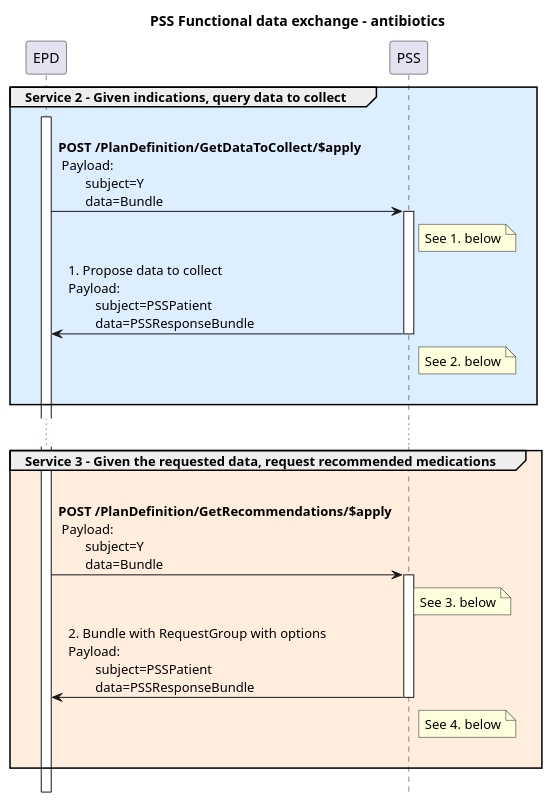
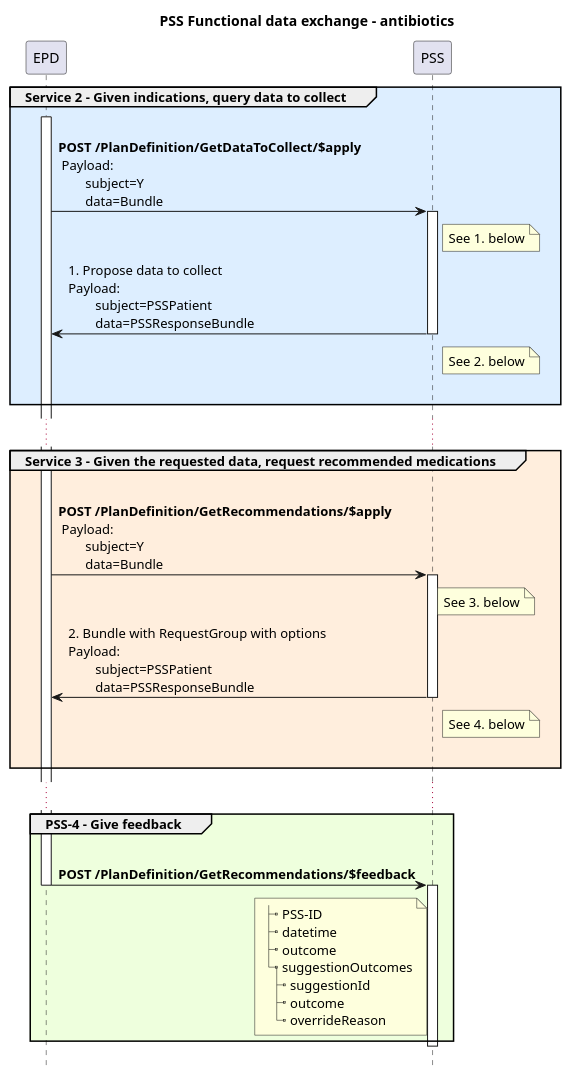
Before and after one commit to hl7-be/pss: the diagram in input/images-source/pss-flow-antimicrobiology.plantuml, drawn with PlantUML. The commit also changed 3 other files, not shown here.

First line of the commit message:
Add PSS feedback

```diff
--- a/input/images-source/pss-flow-antimicrobiology.plantuml
+++ b/input/images-source/pss-flow-antimicrobiology.plantuml
@@ -1,37 +1,54 @@
 @startuml
 !pragma teoz true
 Title PSS Functional data exchange - antibiotics
 hide footbox
 
 
 group #def Service 2 - Given indications, query data to collect
         Activate EPD
         EPD -> PSS : \n**POST /PlanDefinition/GetDataToCollect/$apply**\n Payload:\n        subject=Y\n        data=Bundle
         Activate PSS
         note right of PSS
 See 1. below
         end note
 
         PSS -> EPD: 1. Propose data to collect\nPayload:\n        subject=PSSPatient\n        data=PSSResponseBundle
         note right of PSS
 See 2. below
         end note
         deactivate PSS
         |||
 end
 ...
 group #fed Service 3 - Given the requested data, request recommended medications
         EPD -> PSS : \n**POST /PlanDefinition/GetRecommendations/$apply**\n Payload:\n        subject=Y\n        data=Bundle
         note right of PSS
 See 3. below
         end note
         activate PSS
         PSS -> EPD: 2. Bundle with RequestGroup with options\nPayload:\n        subject=PSSPatient\n        data=PSSResponseBundle
         note right of PSS
 See 4. below
         end note
         deactivate PSS
         |||
 
 end
+...
+group #efd PSS-4 - Give feedback
+        EPD -> PSS : \n**POST /PlanDefinition/GetRecommendations/$feedback**
+'        activate EPD
+        note left of PSS
+|_ PSS-ID
+|_ datetime
+|_ outcome
+|_ suggestionOutcomes
+  |_ suggestionId
+  |_ outcome
+  |_ overrideReason
+        end note
+        deactivate EPD
+        activate PSS
+        deactivate PSS
+end
 @enduml
```
